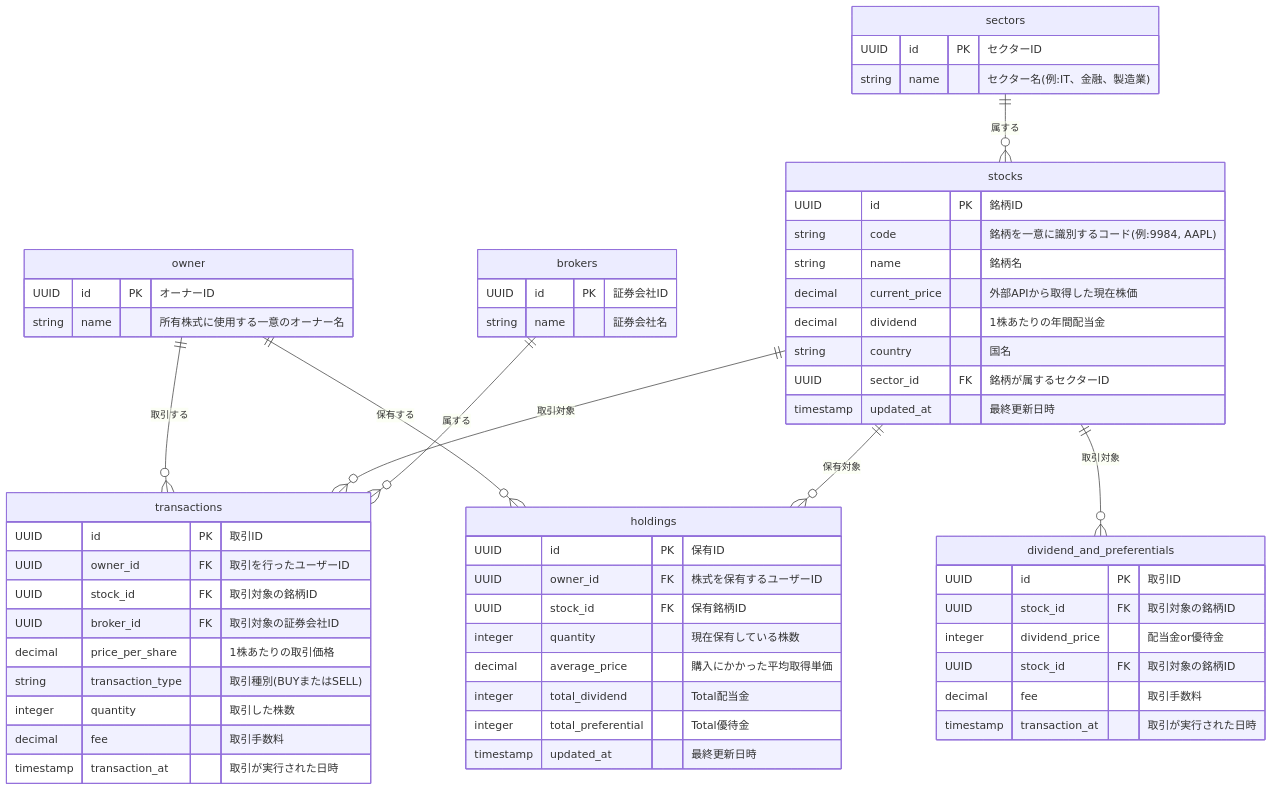
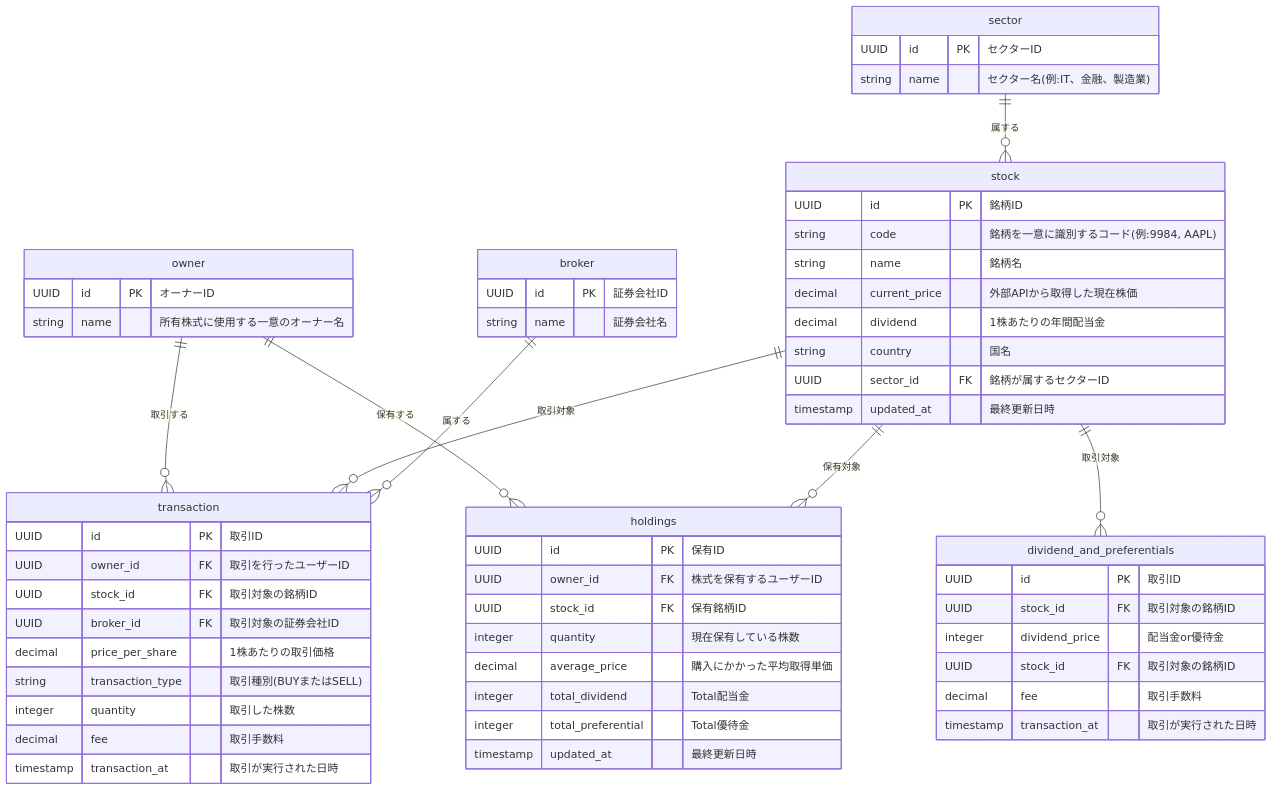
The diagram in ER.md (ijikeman/KabuKanri_App), drawn with Mermaid before and after one commit. The commit also changed 17 other files, not shown here.

````diff
--- a/ER.md
+++ b/ER.md
@@ -1,68 +1,68 @@
 ```mermaid
 erDiagram
     owner {
         UUID id PK "オーナーID"
         string name "所有株式に使用する一意のオーナー名"
     }
 
-    sectors {
+    sector {
         UUID id PK "セクターID"
         string name "セクター名(例:IT、金融、製造業)"
     }
 
-    brokers {
+    broker {
         UUID id PK "証券会社ID"
         string name "証券会社名"
     }
 
-    stocks {
+    stock {
         UUID id PK "銘柄ID"
         string code "銘柄を一意に識別するコード(例:9984, AAPL)"
         string name "銘柄名"
         decimal current_price "外部APIから取得した現在株価"
         decimal dividend "1株あたりの年間配当金"
         string country "国名"
         UUID sector_id FK "銘柄が属するセクターID"
         timestamp updated_at "最終更新日時"
     }
 
-    transactions {
+    transaction {
         UUID id PK "取引ID"
         UUID owner_id FK "取引を行ったユーザーID"
         UUID stock_id FK "取引対象の銘柄ID"
         UUID broker_id FK "取引対象の証券会社ID"
         decimal price_per_share "1株あたりの取引価格"
         string transaction_type "取引種別(BUYまたはSELL)"
         integer quantity "取引した株数"
         decimal fee "取引手数料"
         timestamp transaction_at "取引が実行された日時"
     }
 
     dividend_and_preferentials {
         UUID id PK "取引ID"
         UUID stock_id FK "取引対象の銘柄ID"
         integer dividend_price "配当金or優待金"
         UUID stock_id FK "取引対象の銘柄ID"
         decimal fee "取引手数料"
         timestamp transaction_at "取引が実行された日時"
     }
 
     holdings {
         UUID id PK "保有ID"
         UUID owner_id FK "株式を保有するユーザーID"
         UUID stock_id FK "保有銘柄ID"
         integer quantity "現在保有している株数"
         decimal average_price "購入にかかった平均取得単価"
         integer total_dividend "Total配当金"
         integer total_preferential "Total優待金"
         timestamp updated_at "最終更新日時"
     }
 
     owner ||--o{ holdings : "保有する"
-    owner ||--o{ transactions : "取引する"
-    stocks ||--o{ transactions : "取引対象"
-    stocks ||--o{ holdings : "保有対象"
-    stocks ||--o{ dividend_and_preferentials : "取引対象"
-    sectors ||--o{ stocks : "属する"
-    brokers ||--o{ transactions : "属する"
+    owner ||--o{ transaction : "取引する"
+    stock ||--o{ transaction : "取引対象"
+    stock ||--o{ holdings : "保有対象"
+    stock ||--o{ dividend_and_preferentials : "取引対象"
+    sector ||--o{ stock : "属する"
+    broker ||--o{ transaction : "属する"
 ```
````
